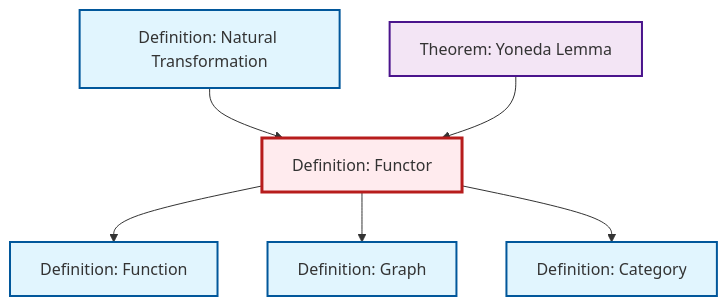
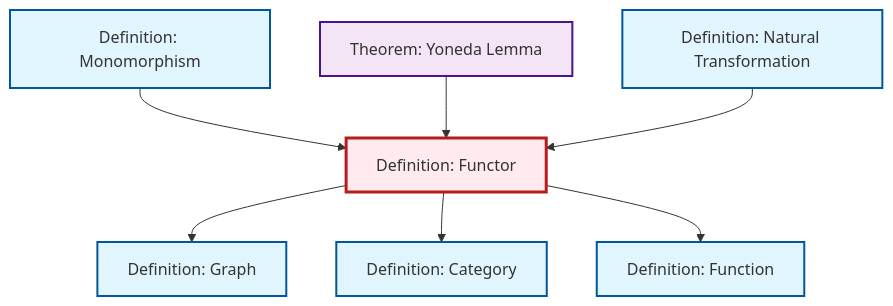
Before and after one commit to RK0429/ModernMath: the diagram in content/ja/category-theory/def-functor.qmd, drawn with Mermaid. The commit also changed 581 other files, not shown here.

````diff
--- a/content/ja/category-theory/def-functor.qmd
+++ b/content/ja/category-theory/def-functor.qmd
@@ -51,26 +51,29 @@
 ```{mermaid}
 %%| fig-cap: "Local dependency graph"
 graph TD
     classDef definition fill:#e1f5fe,stroke:#01579b,stroke-width:2px
     classDef theorem fill:#f3e5f5,stroke:#4a148c,stroke-width:2px
     classDef axiom fill:#fff3e0,stroke:#e65100,stroke-width:2px
     classDef example fill:#e8f5e9,stroke:#1b5e20,stroke-width:2px
     classDef current fill:#ffebee,stroke:#b71c1c,stroke-width:3px
+    def-function["Definition: Function"]:::definition
     def-graph["Definition: Graph"]:::definition
-    def-function["Definition: Function"]:::definition
+    thm-yoneda["Theorem: Yoneda Lemma"]:::theorem
     def-category["Definition: Category"]:::definition
+    def-monomorphism["Definition: Monomorphism"]:::definition
+    def-natural-transformation["Definition: Natural Transformation"]:::definition
     def-functor["Definition: Functor"]:::definition
-    def-natural-transformation["Definition: Natural Transformation"]:::definition
-    thm-yoneda["Theorem: Yoneda Lemma"]:::theorem
+    def-functor --> def-graph
+    def-monomorphism --> def-functor
+    def-functor --> def-category
+    thm-yoneda --> def-functor
+    def-natural-transformation --> def-functor
     def-functor --> def-function
-    def-functor --> def-graph
-    def-natural-transformation --> def-functor
-    thm-yoneda --> def-functor
-    def-functor --> def-category
     class def-functor current
+    click def-function "def-function.html" "Definition: Functionへ"
     click def-graph "def-graph.html" "Definition: Graphへ"
-    click def-function "def-function.html" "Definition: Functionへ"
+    click thm-yoneda "thm-yoneda.html" "Theorem: Yoneda Lemmaへ"
     click def-category "def-category.html" "Definition: Categoryへ"
+    click def-monomorphism "def-monomorphism.html" "Definition: Monomorphismへ"
     click def-natural-transformation "def-natural-transformation.html" "Definition: Natural Transformationへ"
-    click thm-yoneda "thm-yoneda.html" "Theorem: Yoneda Lemmaへ"
 ```
````
